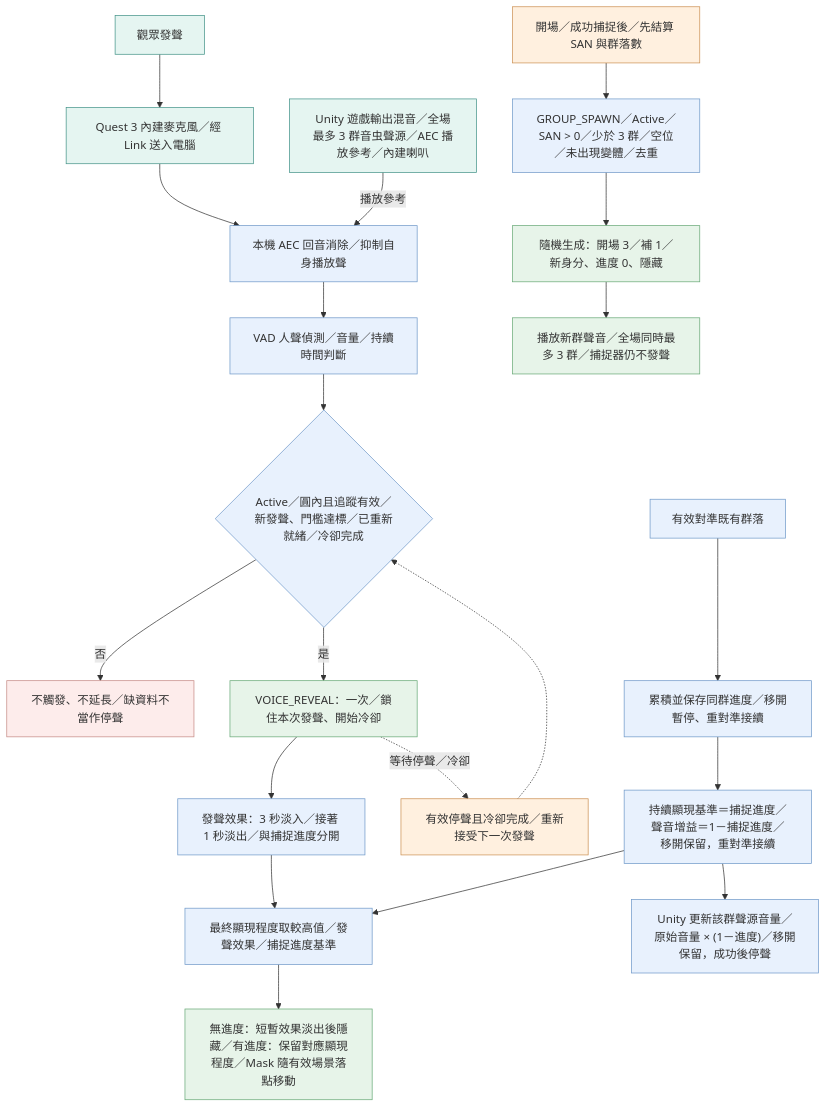
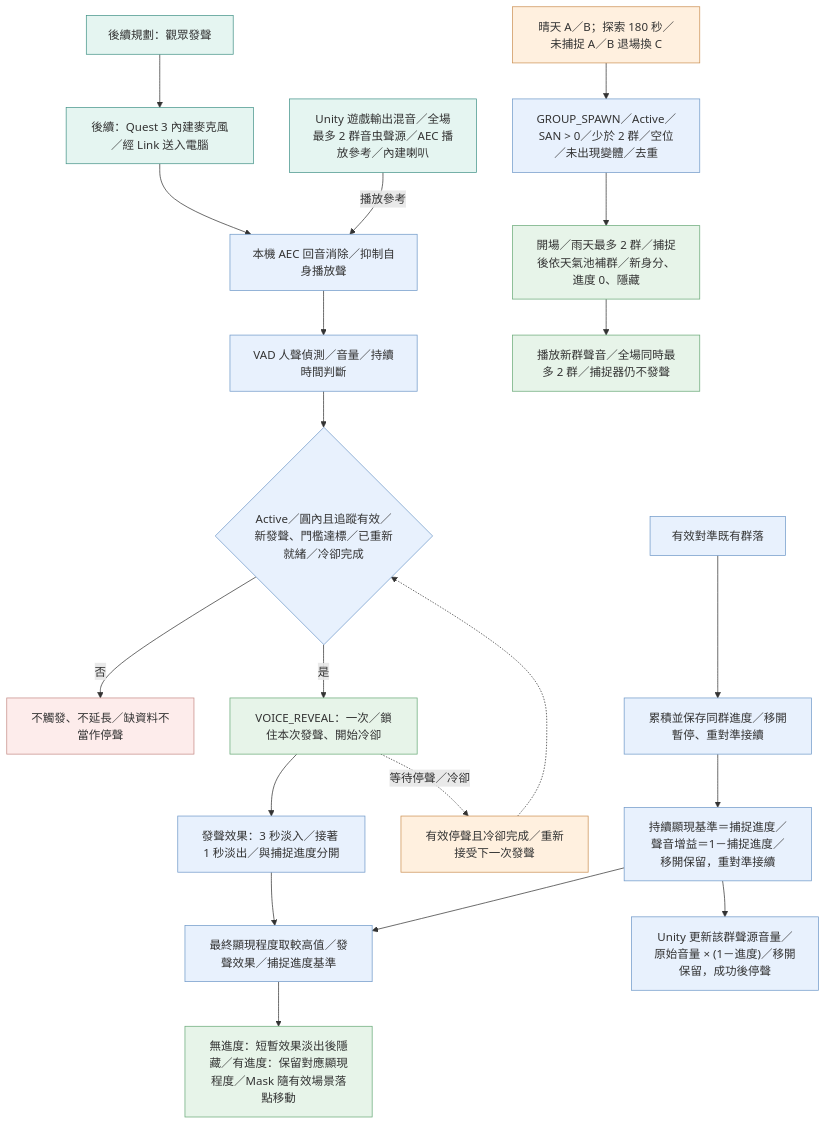
Before and after one commit to fengyenchia/dctProject: the diagram in docs/docs_vr/assets/技術流程圖/03.mmd, drawn with Mermaid. The commit also changed 64 other files, not shown here.

```diff
--- a/docs/docs_vr/assets/技術流程圖/03.mmd
+++ b/docs/docs_vr/assets/技術流程圖/03.mmd
@@ -1,60 +1,60 @@
 flowchart TD
-  voice["觀眾發聲"]
-  mic["Quest 3 內建麥克風／經 Link 送入電腦"]
+  voice["後續規劃：觀眾發聲"]
+  mic["後續：Quest 3 內建麥克風／經 Link 送入電腦"]
   aec["本機 AEC 回音消除／抑制自身播放聲"]
   vad["VAD 人聲偵測／音量／持續時間判斷"]
   gate{"Active／圓內且追蹤有效／新發聲、門檻達標／已重新就緒／冷卻完成"}
   skip["不觸發、不延長／缺資料不當作停聲"]
   accepted["VOICE_REVEAL：一次／鎖住本次發聲、開始冷卻"]
   voiceFx["發聲效果：3 秒淡入／接著 1 秒淡出／與捕捉進度分開"]
   rearm["有效停聲且冷卻完成／重新接受下一次發聲"]
-  reference["Unity 遊戲輸出混音／全場最多 3 群音虫聲源／AEC 播放參考／內建喇叭"]
+  reference["Unity 遊戲輸出混音／全場最多 2 群音虫聲源／AEC 播放參考／內建喇叭"]
   aim["有效對準既有群落"]
   saved["累積並保存同群進度／移開暫停、重對準接續"]
   baseline["持續顯現基準＝捕捉進度／聲音增益＝1－捕捉進度／移開保留，重對準接續"]
   combine["最終顯現程度取較高值／發聲效果／捕捉進度基準"]
   appearance["無進度：短暫效果淡出後隱藏／有進度：保留對應顯現程度／Mask 隨有效場景落點移動"]
-  story["開場／成功捕捉後／先結算 SAN 與群落數"]
-  validStory["GROUP_SPAWN／Active／SAN > 0／少於 3 群／空位／未出現變體／去重"]
-  newGroup["隨機生成：開場 3／補 1／新身分、進度 0、隱藏"]
-  newAudio["播放新群聲音／全場同時最多 3 群／捕捉器仍不發聲"]
+  story["晴天 A／B；探索 180 秒／未捕捉 A／B 退場換 C"]
+  validStory["GROUP_SPAWN／Active／SAN > 0／少於 2 群／空位／未出現變體／去重"]
+  newGroup["開場／雨天最多 2 群／捕捉後依天氣池補群／新身分、進度 0、隱藏"]
+  newAudio["播放新群聲音／全場同時最多 2 群／捕捉器仍不發聲"]
   captureAudio["Unity 更新該群聲源音量／原始音量 × (1－進度)／移開保留，成功後停聲"]
   voice --> mic
   mic --> aec
   reference -->|"播放參考"| aec
   aec --> vad
   vad --> gate
   gate -->|"否"| skip
   gate -->|"是"| accepted
   accepted --> voiceFx
   accepted -.->|"等待停聲／冷卻"| rearm
   rearm -.-> gate
   aim --> saved
   saved --> baseline
   baseline --> combine
   voiceFx --> combine
   combine --> appearance
   story --> validStory
   validStory --> newGroup
   newGroup --> newAudio
   baseline --> captureAudio
   style voice fill:#e5f5f1,stroke:#459489
   style mic fill:#e5f5f1,stroke:#459489
   style aec fill:#e8f1fd,stroke:#7099c9
   style vad fill:#e8f1fd,stroke:#7099c9
   style gate fill:#e8f1fd,stroke:#7099c9
   style skip fill:#fdeceb,stroke:#c58b86
   style accepted fill:#e7f4e9,stroke:#69a977
   style voiceFx fill:#e8f1fd,stroke:#7099c9
   style rearm fill:#fff0df,stroke:#cc9154
   style reference fill:#e5f5f1,stroke:#459489
   style aim fill:#e8f1fd,stroke:#7099c9
   style saved fill:#e8f1fd,stroke:#7099c9
   style baseline fill:#e8f1fd,stroke:#7099c9
   style combine fill:#e8f1fd,stroke:#7099c9
   style appearance fill:#e7f4e9,stroke:#69a977
   style story fill:#fff0df,stroke:#cc9154
   style validStory fill:#e8f1fd,stroke:#7099c9
   style newGroup fill:#e7f4e9,stroke:#69a977
   style newAudio fill:#e7f4e9,stroke:#69a977
   style captureAudio fill:#e8f1fd,stroke:#7099c9
```
